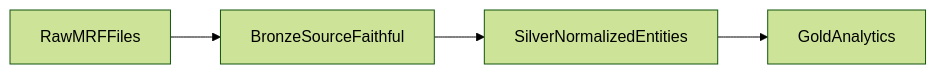
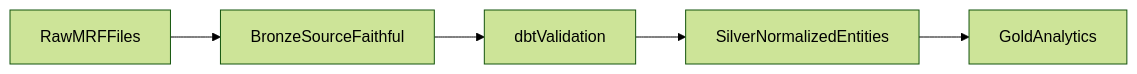
Before and after one commit to jakegussler/hospital-price-transparency-analytics: the diagram in docs/architecture/medallion-layers.md, drawn with Mermaid (forest theme). The commit also changed other lines of this file and 5 other files, not shown here.

Commit message:
docs: update docs with dbt validation updates

````diff
--- a/docs/architecture/medallion-layers.md
+++ b/docs/architecture/medallion-layers.md
@@ -88,6 +114,7 @@
 ```mermaid
 flowchart LR
   raw[RawMRFFiles] --> bronze[BronzeSourceFaithful]
-  bronze --> silver[SilverNormalizedEntities]
+  bronze --> validation[dbtValidation]
+  validation --> silver[SilverNormalizedEntities]
   silver --> gold[GoldAnalytics]
 ```
````
